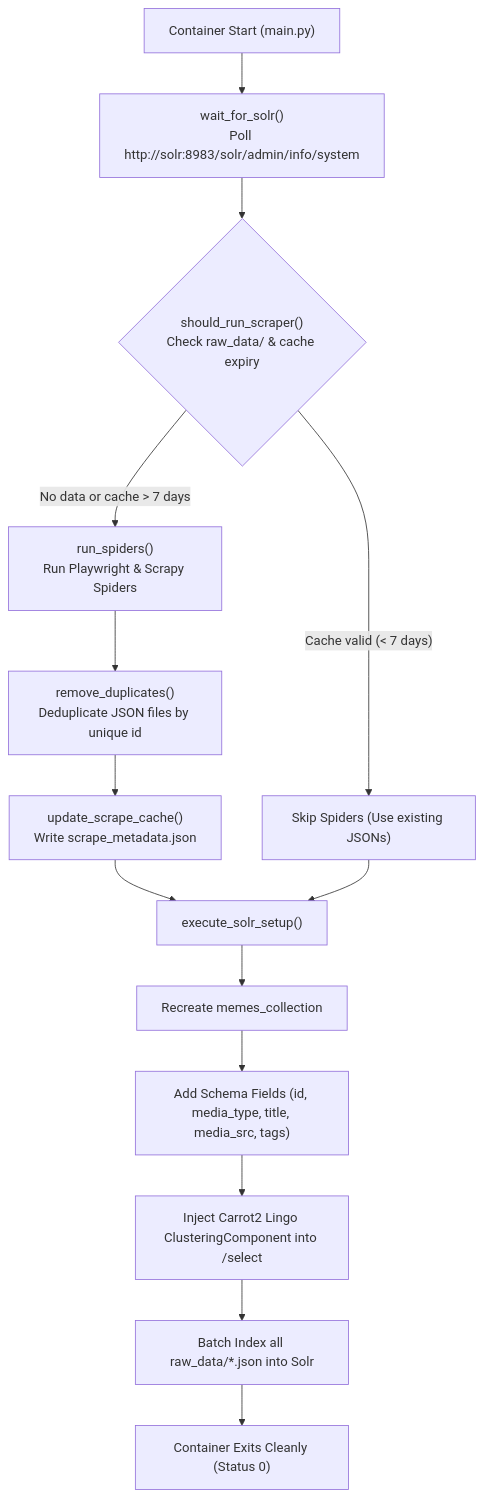
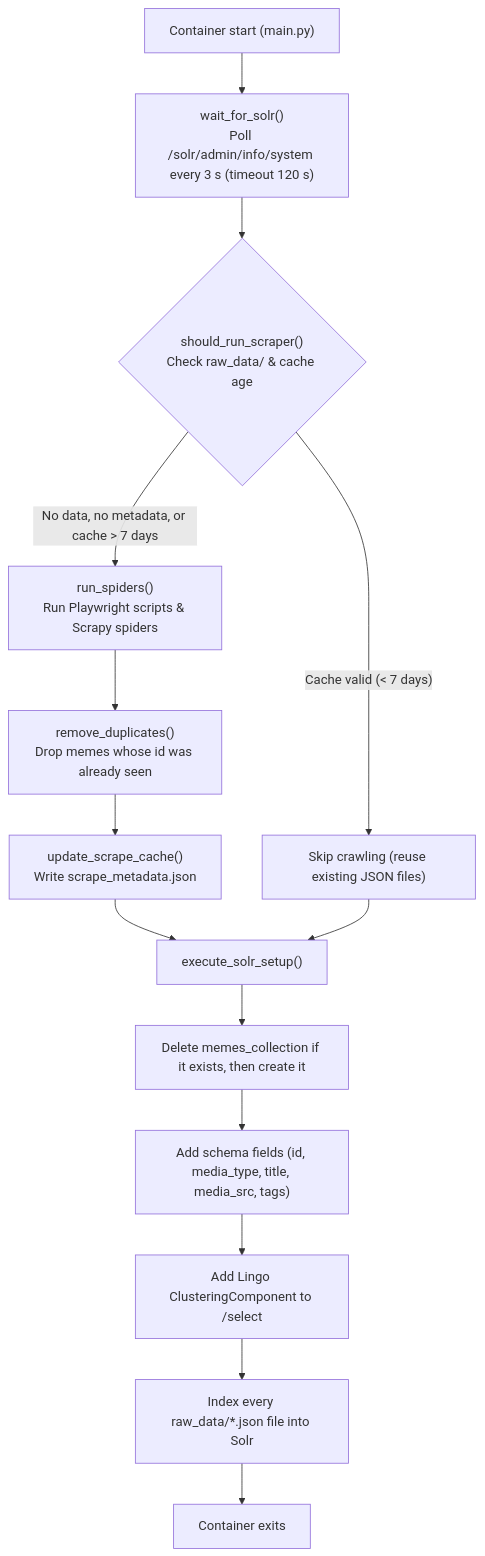
The diagram in backend/README.md (simo-macca/meme-search-engine), drawn with Mermaid before and after one commit. The commit also changed other lines of this file and 5 other files, not shown here.

````diff
--- a/backend/README.md
+++ b/backend/README.md
@@ -13,16 +13,16 @@
 ```mermaid
 flowchart TD
-    A["Container Start (main.py)"] --> B["wait_for_solr()<br/>Poll http://solr:8983/solr/admin/info/system"]
-    B --> C{"should_run_scraper()<br/>Check raw_data/ & cache expiry"}
-    C -- "No data or cache > 7 days" --> D["run_spiders()<br/>Run Playwright & Scrapy Spiders"]
-    D --> E["remove_duplicates()<br/>Deduplicate JSON files by unique id"]
+    A["Container start (main.py)"] --> B["wait_for_solr()<br/>Poll /solr/admin/info/system every 3 s (timeout 120 s)"]
+    B --> C{"should_run_scraper()<br/>Check raw_data/ & cache age"}
+    C -- "No data, no metadata, or cache > 7 days" --> D["run_spiders()<br/>Run Playwright scripts & Scrapy spiders"]
+    D --> E["remove_duplicates()<br/>Drop memes whose id was already seen"]
     E --> F["update_scrape_cache()<br/>Write scrape_metadata.json"]
-    C -- "Cache valid (< 7 days)" --> G["Skip Spiders (Use existing JSONs)"]
+    C -- "Cache valid (< 7 days)" --> G["Skip crawling (reuse existing JSON files)"]
     F --> H["execute_solr_setup()"]
     G --> H
-    H --> I["Recreate memes_collection"]
-    I --> J["Add Schema Fields (id, media_type, title, media_src, tags)"]
-    J --> K["Inject Carrot2 Lingo ClusteringComponent into /select"]
-    K --> L["Batch Index all raw_data/*.json into Solr"]
-    L --> M["Container Exits Cleanly (Status 0)"]
+    H --> I["Delete memes_collection if it exists, then create it"]
+    I --> J["Add schema fields (id, media_type, title, media_src, tags)"]
+    J --> K["Add Lingo ClusteringComponent to /select"]
+    K --> L["Index every raw_data/*.json file into Solr"]
+    L --> M["Container exits"]
 ```
````
